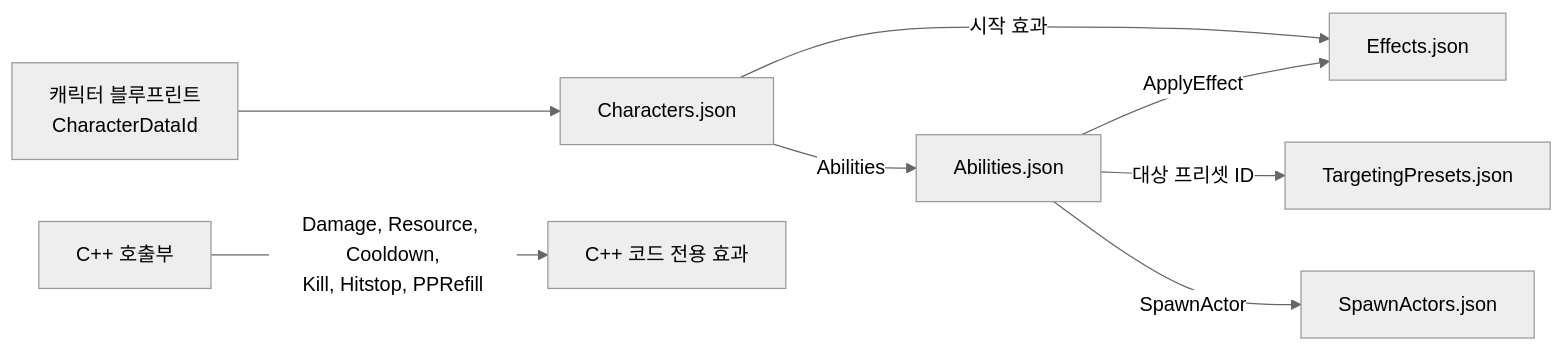
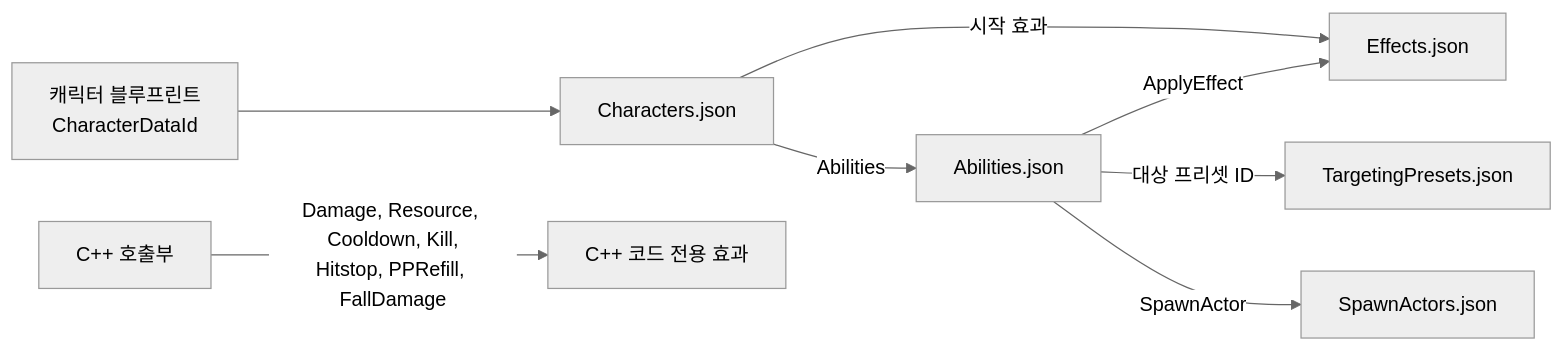
The first of 2 diagrams in Docs/Architecture/데이터 로딩과 스키마.md (Woogl/Ag), drawn with Mermaid (neutral theme) before and after one commit. The commit also changed other lines of this file and 25 other files, not shown here.

````diff
--- a/Docs/Architecture/데이터 로딩과 스키마.md
+++ b/Docs/Architecture/데이터 로딩과 스키마.md
@@ -45,10 +45,10 @@
 ```mermaid
 flowchart LR
     BP["캐릭터 블루프린트<br>CharacterDataId"] --> C["Characters.json"]
     C -->|"Abilities"| A["Abilities.json"]
     C -->|"시작 효과"| E["Effects.json"]
     A -->|"ApplyEffect"| E
     A -->|"대상 프리셋 ID"| G["TargetingPresets.json"]
     A -->|"SpawnActor"| P["SpawnActors.json"]
-    K["C++ 호출부"] -->|"Damage, Resource, Cooldown,<br>Kill, Hitstop, PPRefill"| N["C++ 코드 전용 효과"]
+    K["C++ 호출부"] -->|"Damage, Resource, Cooldown, Kill,<br>Hitstop, PPRefill, FallDamage"| N["C++ 코드 전용 효과"]
 ```
````
